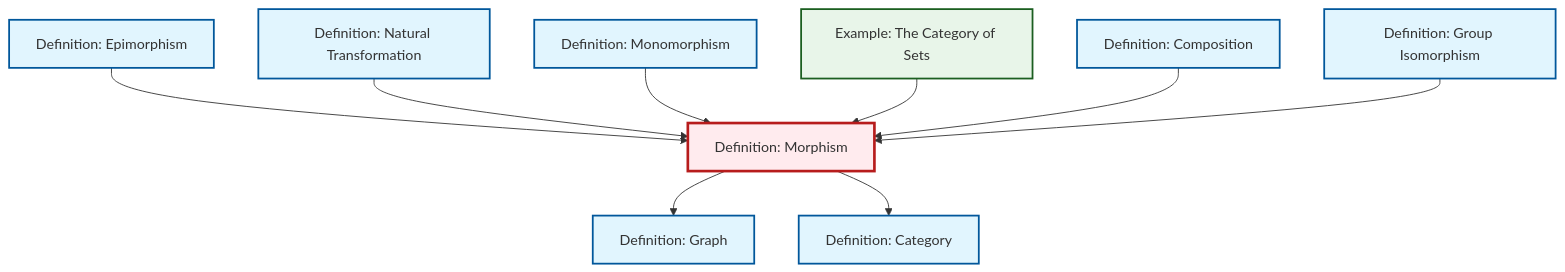
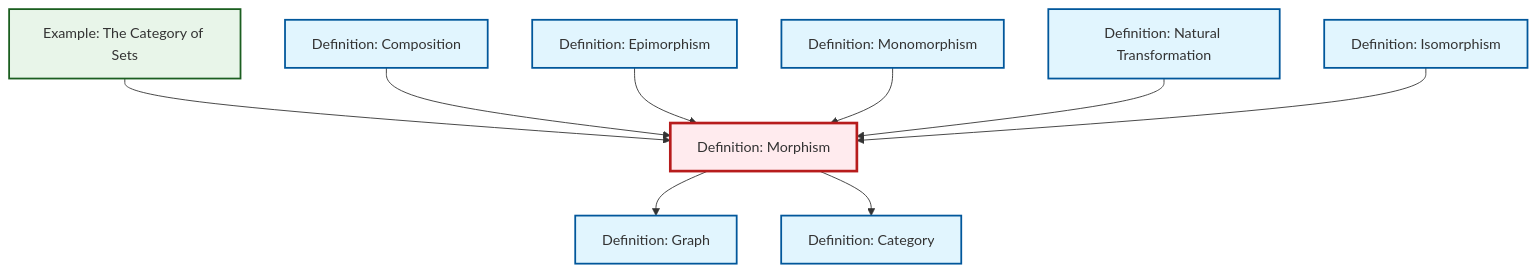
Before and after one commit to RK0429/ModernMath: the diagram in content/en/category-theory/def-morphism.qmd, drawn with Mermaid. The commit also changed 1069 other files, not shown here.

````diff
--- a/content/en/category-theory/def-morphism.qmd
+++ b/content/en/category-theory/def-morphism.qmd
@@ -56,35 +56,35 @@
 ```{mermaid}
 %%| fig-cap: "Local dependency graph"
 graph TD
     classDef definition fill:#e1f5fe,stroke:#01579b,stroke-width:2px
     classDef theorem fill:#f3e5f5,stroke:#4a148c,stroke-width:2px
     classDef axiom fill:#fff3e0,stroke:#e65100,stroke-width:2px
     classDef example fill:#e8f5e9,stroke:#1b5e20,stroke-width:2px
     classDef current fill:#ffebee,stroke:#b71c1c,stroke-width:3px
+    def-monomorphism["Definition: Monomorphism"]:::definition
+    def-category["Definition: Category"]:::definition
     def-graph["Definition: Graph"]:::definition
-    def-isomorphism["Definition: Group Isomorphism"]:::definition
+    def-epimorphism["Definition: Epimorphism"]:::definition
+    def-isomorphism["Definition: Isomorphism"]:::definition
     def-natural-transformation["Definition: Natural Transformation"]:::definition
-    def-epimorphism["Definition: Epimorphism"]:::definition
-    def-category["Definition: Category"]:::definition
-    def-morphism["Definition: Morphism"]:::definition
     def-composition["Definition: Composition"]:::definition
     ex-set-category["Example: The Category of Sets"]:::example
-    def-monomorphism["Definition: Monomorphism"]:::definition
+    def-morphism["Definition: Morphism"]:::definition
+    ex-set-category --> def-morphism
+    def-composition --> def-morphism
     def-epimorphism --> def-morphism
+    def-monomorphism --> def-morphism
     def-natural-transformation --> def-morphism
     def-morphism --> def-graph
-    def-monomorphism --> def-morphism
     def-morphism --> def-category
-    ex-set-category --> def-morphism
-    def-composition --> def-morphism
     def-isomorphism --> def-morphism
     class def-morphism current
+    click def-monomorphism "def-monomorphism.html" "Go to Monomorphism definition"
+    click def-category "def-category.html" "Go to Category definition"
     click def-graph "def-graph.html" "Go to Graph definition"
-    click def-isomorphism "def-isomorphism.html" "Go to Group Isomorphism definition"
+    click def-epimorphism "def-epimorphism.html" "Go to Epimorphism definition"
+    click def-isomorphism "def-isomorphism.html" "Go to Isomorphism definition"
     click def-natural-transformation "def-natural-transformation.html" "Go to Natural Transformation definition"
-    click def-epimorphism "def-epimorphism.html" "Go to Epimorphism definition"
-    click def-category "def-category.html" "Go to Category definition"
     click def-composition "def-composition.html" "Go to Composition definition"
     click ex-set-category "ex-set-category.html" "Go to The Category of Sets example"
-    click def-monomorphism "def-monomorphism.html" "Go to Monomorphism definition"
 ```
````
